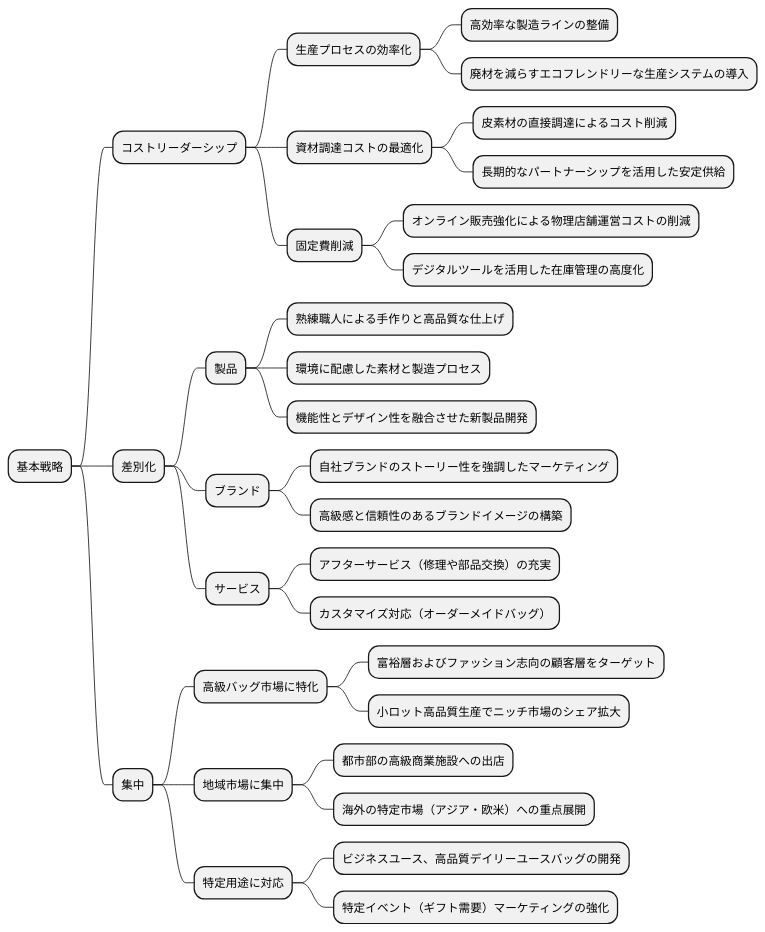
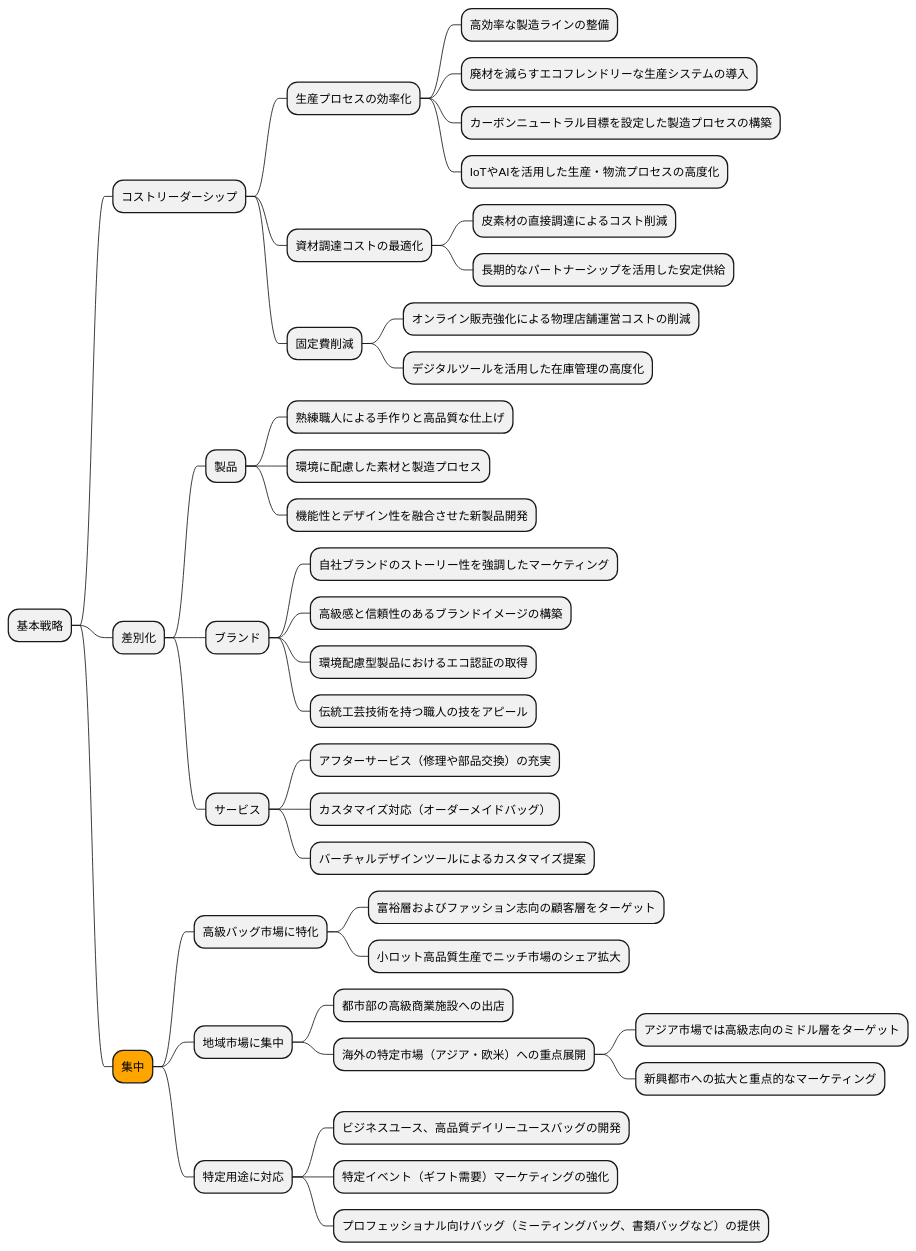
Before and after one commit to k2works/case-study-business-analysis: the eighth of 19 diagrams in docs/case/r03_case_3.adoc, drawn with PlantUML. The commit also changed other lines of this file, not shown here.

```diff
--- a/docs/case/r03_case_3.adoc
+++ b/docs/case/r03_case_3.adoc
@@ -310,39 +396,47 @@
 [plantuml]
 ----
 @startmindmap
 
 * 基本戦略
 ** コストリーダーシップ
 *** 生産プロセスの効率化
 **** 高効率な製造ラインの整備
 **** 廃材を減らすエコフレンドリーな生産システムの導入
+**** カーボンニュートラル目標を設定した製造プロセスの構築
+**** IoTやAIを活用した生産・物流プロセスの高度化
 *** 資材調達コストの最適化
 **** 皮素材の直接調達によるコスト削減
 **** 長期的なパートナーシップを活用した安定供給
 *** 固定費削減
 **** オンライン販売強化による物理店舗運営コストの削減
 **** デジタルツールを活用した在庫管理の高度化
 ** 差別化
 *** 製品
 **** 熟練職人による手作りと高品質な仕上げ
 **** 環境に配慮した素材と製造プロセス
 **** 機能性とデザイン性を融合させた新製品開発
 *** ブランド
 **** 自社ブランドのストーリー性を強調したマーケティング
 **** 高級感と信頼性のあるブランドイメージの構築
+**** 環境配慮型製品におけるエコ認証の取得
+**** 伝統工芸技術を持つ職人の技をアピール
 *** サービス
 **** アフターサービス（修理や部品交換）の充実
 **** カスタマイズ対応（オーダーメイドバッグ）
-** 集中
+**** バーチャルデザインツールによるカスタマイズ提案
+**[#orange] 集中
 *** 高級バッグ市場に特化
 **** 富裕層およびファッション志向の顧客層をターゲット
 **** 小ロット高品質生産でニッチ市場のシェア拡大
 *** 地域市場に集中
 **** 都市部の高級商業施設への出店
 **** 海外の特定市場（アジア・欧米）への重点展開
+***** アジア市場では高級志向のミドル層をターゲット
+***** 新興都市への拡大と重点的なマーケティング
 *** 特定用途に対応
 **** ビジネスユース、高品質デイリーユースバッグの開発
 **** 特定イベント（ギフト需要）マーケティングの強化
+**** プロフェッショナル向けバッグ（ミーティングバッグ、書類バッグなど）の提供
 
 @endmindmap
 ----
```
